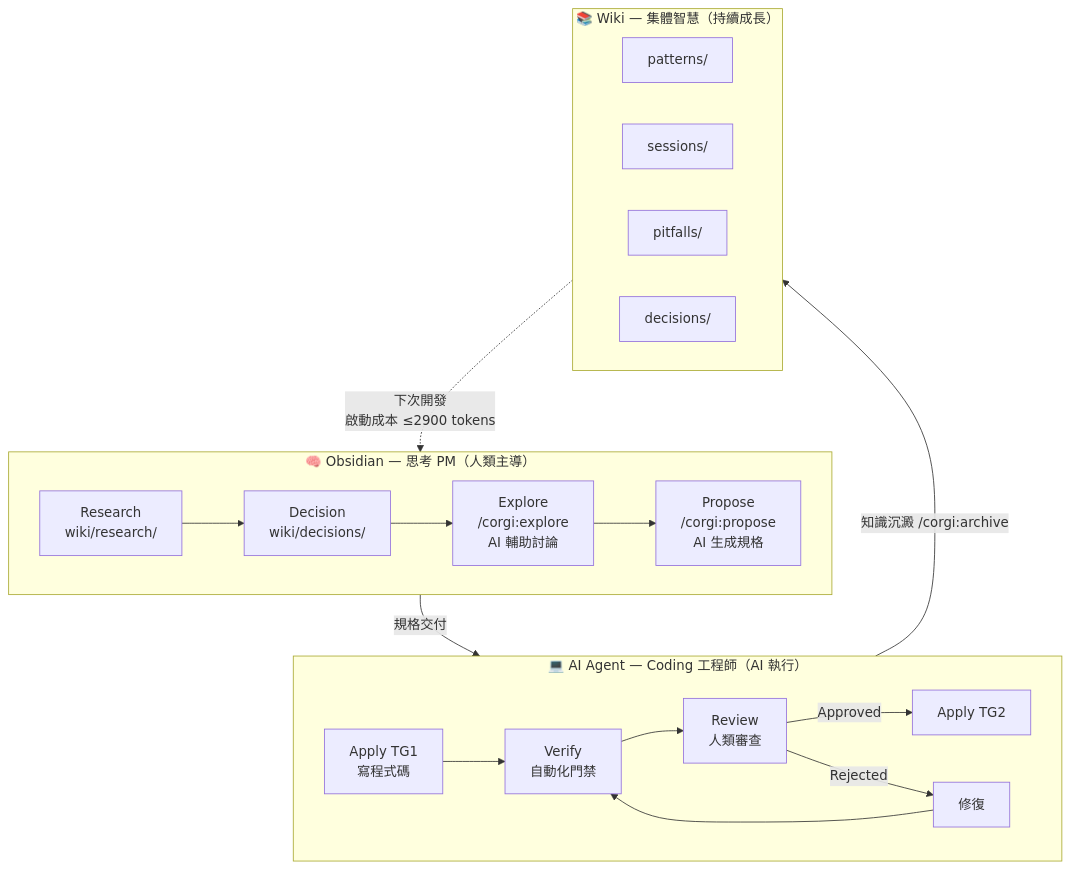
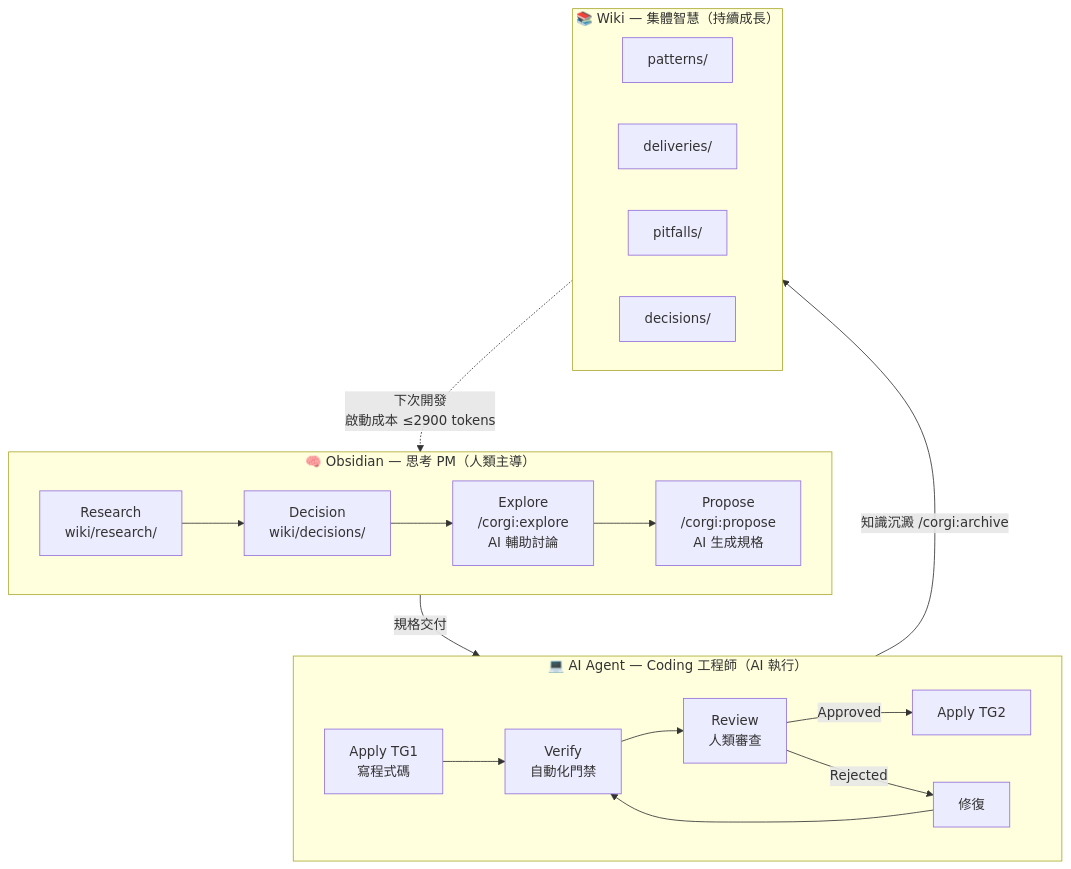
Before and after one commit to ricoyudog/Coding_Corgi_flow: the fourth of 4 diagrams in docs/articles/obsidian-pm-corgi-dev-zhihu.md, drawn with Mermaid. The commit also changed other lines of this file and 263 other files, not shown here.

````diff
--- a/docs/articles/obsidian-pm-corgi-dev-zhihu.md
+++ b/docs/articles/obsidian-pm-corgi-dev-zhihu.md
@@ -332,27 +332,27 @@
 ```mermaid
 graph TB
     subgraph THINK["🧠 Obsidian — 思考 PM（人類主導）"]
         R["Research<br/>wiki/research/"] --> D["Decision<br/>wiki/decisions/"]
         D --> E["Explore<br/>/corgi:explore<br/>AI 輔助討論"]
         E --> P["Propose<br/>/corgi:propose<br/>AI 生成規格"]
     end
 
     subgraph BUILD["💻 AI Agent — Coding 工程師（AI 執行）"]
         A1["Apply TG1<br/>寫程式碼"] --> V1["Verify<br/>自動化門禁"]
         V1 --> R1["Review<br/>人類審查"]
         R1 -->|Approved| A2["Apply TG2"]
         R1 -->|Rejected| FIX["修復"]
         FIX --> V1
     end
 
     subgraph GROW["📚 Wiki — 集體智慧（持續成長）"]
         PAT["patterns/"]
-        SES["sessions/"]
+        SES["deliveries/"]
         PIT["pitfalls/"]
         DEC["decisions/"]
     end
 
     THINK -->|"規格交付"| BUILD
     BUILD -->|"知識沉澱 /corgi:archive"| GROW
     GROW -.->|"下次開發<br/>啟動成本 ≤2900 tokens"| THINK
 ```
````
